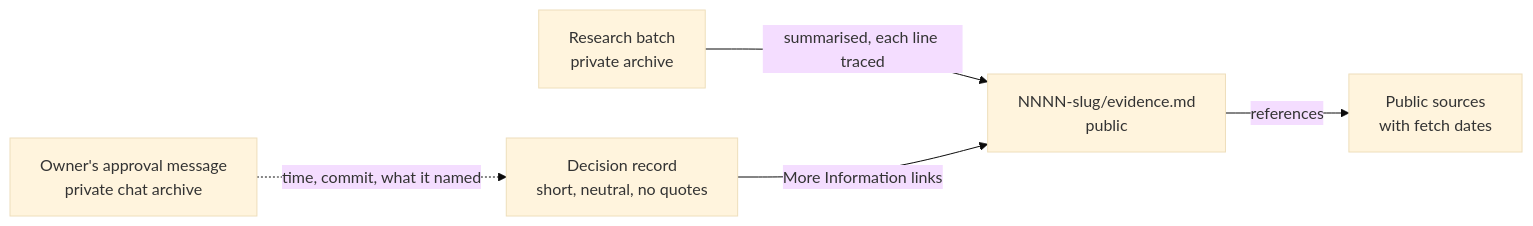
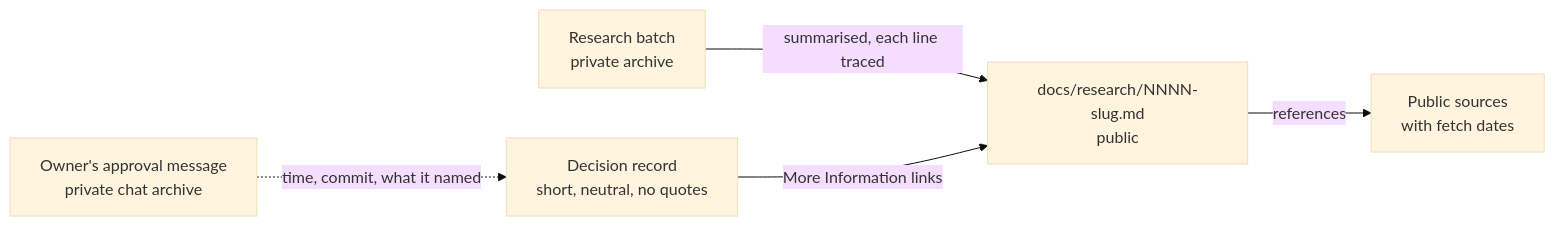
Before and after one commit to jonhill90/central-hub: the diagram in docs/decisions/0016-give-records-an-evidence-file-and-neutral-approval.md, drawn with Mermaid (base theme). The commit also changed other lines of this file and 59 other files, not shown here.

````diff
--- a/docs/decisions/0016-give-records-an-evidence-file-and-neutral-approval.md
+++ b/docs/decisions/0016-give-records-an-evidence-file-and-neutral-approval.md
@@ -58,7 +56,7 @@
 ```mermaid
 flowchart LR
-  R[Research batch<br/>private archive] -->|summarised, each line traced| E[NNNN-slug/evidence.md<br/>public]
+  R[Research batch<br/>private archive] -->|summarised, each line traced| E[docs/research/NNNN-slug.md<br/>public]
   D[Decision record<br/>short, neutral, no quotes] -->|More Information links| E
   E -->|references| P[Public sources<br/>with fetch dates]
   A[Owner's approval message<br/>private chat archive] -.->|time, commit, what it named| D
 ```
````
